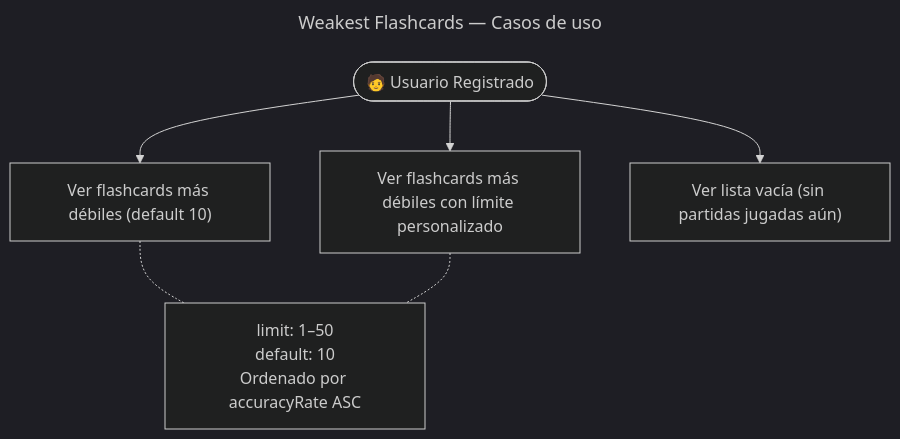
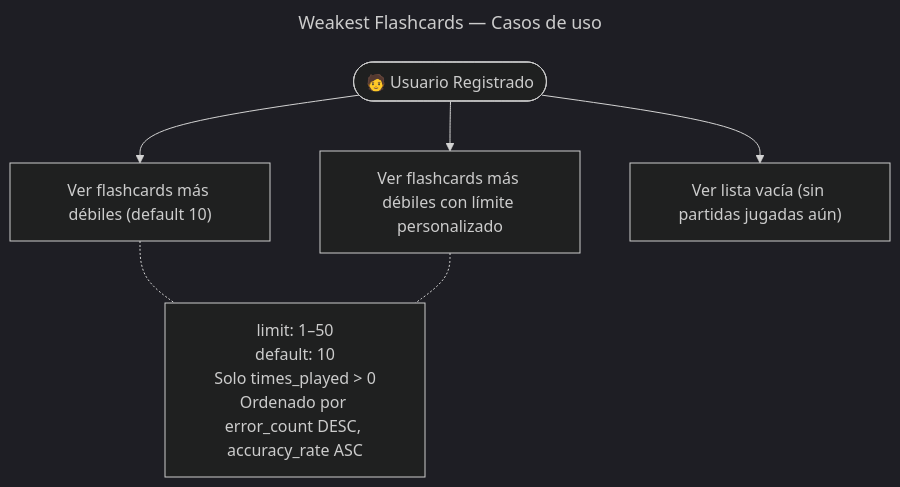
Before and after one commit to AbrahamVilchesDeLaCruz/ididntcatchthat: the diagram in docs/apps/api/progress/weakest-flashcards/usecases.md, drawn with Mermaid (dark theme). The commit also changed other lines of this file and 10 other files, not shown here.

````diff
--- a/docs/apps/api/progress/weakest-flashcards/usecases.md
+++ b/docs/apps/api/progress/weakest-flashcards/usecases.md
@@ -3,19 +3,19 @@
 ```mermaid
 ---
 title: Weakest Flashcards — Casos de uso
 ---
 graph TB
     User(["🧑 Usuario Registrado"])
 
     UC1["Ver flashcards más débiles (default 10)"]
     UC2["Ver flashcards más débiles con límite personalizado"]
     UC3["Ver lista vacía (sin partidas jugadas aún)"]
 
     User --> UC1
     User --> UC2
     User --> UC3
 
-    note1["limit: 1–50\ndefault: 10\nOrdenado por accuracyRate ASC"]
+    note1["limit: 1–50\ndefault: 10\nSolo times_played > 0\nOrdenado por error_count DESC, accuracy_rate ASC"]
     UC1 -.- note1
     UC2 -.- note1
 ```
````
